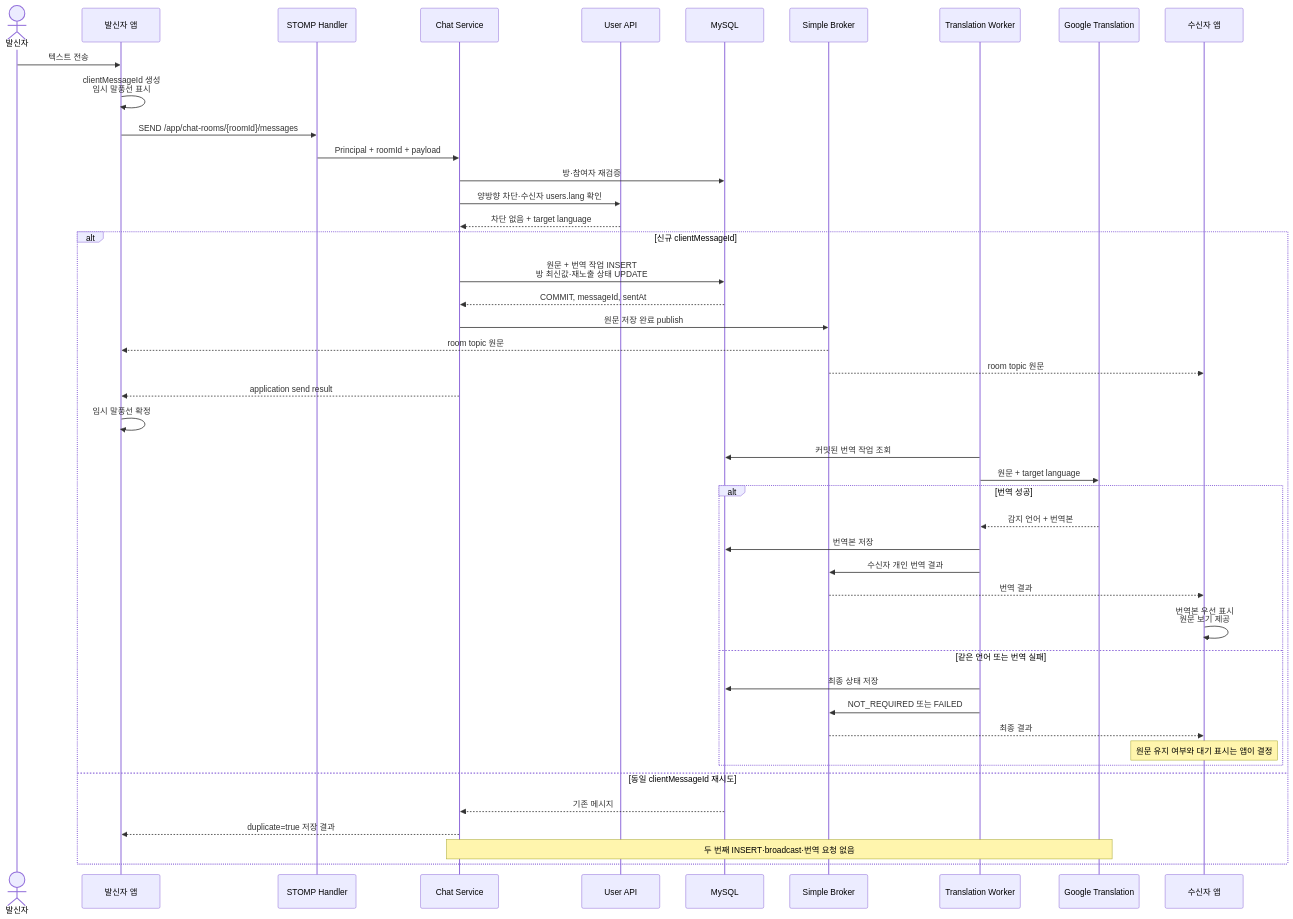
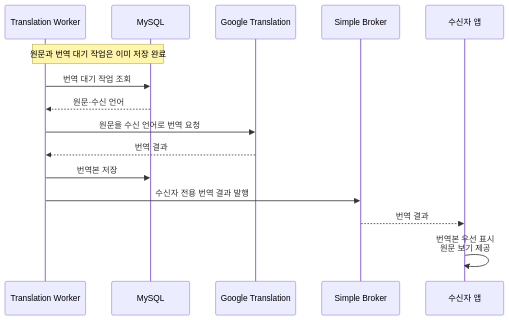
Before and after one commit to swyp-app-5th-team1/Kohere-backend: the ninth of 21 diagrams in docs/architecture/chat/05-sequence-diagrams.md, drawn with Mermaid. The commit also changed other lines of this file and 4 other files, not shown here.

Commit message:
docs: split chat sequences by scenario

````diff
--- a/docs/architecture/chat/05-sequence-diagrams.md
+++ b/docs/architecture/chat/05-sequence-diagrams.md
@@ -85,50 +203,18 @@
 ```mermaid
 sequenceDiagram
-    actor S as 발신자
-    participant APP as 발신자 앱
-    participant WS as STOMP Handler
-    participant CHAT as Chat Service
-    participant USER as User API
+    participant WORKER as Translation Worker
     participant DB as MySQL
+    participant GOOGLE as Google Translation
     participant BR as Simple Broker
-    participant WORKER as Translation Worker
-    participant GOOGLE as Google Translation
-    participant OTHER as 수신자 앱
+    participant APP as 수신자 앱
 
-    S->>APP: 텍스트 전송
-    APP->>APP: clientMessageId 생성<br/>임시 말풍선 표시
-    APP->>WS: SEND /app/chat-rooms/{roomId}/messages
-    WS->>CHAT: Principal + roomId + payload
-    CHAT->>DB: 방·참여자 재검증
-    CHAT->>USER: 양방향 차단·수신자 users.lang 확인
-    USER-->>CHAT: 차단 없음 + target language
-
-    alt 신규 clientMessageId
-        CHAT->>DB: 원문 + 번역 작업 INSERT<br/>방 최신값·재노출 상태 UPDATE
-        DB-->>CHAT: COMMIT, messageId, sentAt
-        CHAT->>BR: 원문 저장 완료 publish
-        BR-->>APP: room topic 원문
-        BR-->>OTHER: room topic 원문
-        CHAT-->>APP: application send result
-        APP->>APP: 임시 말풍선 확정
-
-        WORKER->>DB: 커밋된 번역 작업 조회
-        WORKER->>GOOGLE: 원문 + target language
-        alt 번역 성공
-            GOOGLE-->>WORKER: 감지 언어 + 번역본
-            WORKER->>DB: 번역본 저장
-            WORKER->>BR: 수신자 개인 번역 결과
-            BR-->>OTHER: 번역 결과
-            OTHER->>OTHER: 번역본 우선 표시<br/>원문 보기 제공
-        else 같은 언어 또는 번역 실패
-            WORKER->>DB: 최종 상태 저장
-            WORKER->>BR: NOT_REQUIRED 또는 FAILED
-            BR-->>OTHER: 최종 결과
-            Note over OTHER: 원문 유지 여부와 대기 표시는 앱이 결정
-        end
-    else 동일 clientMessageId 재시도
-        DB-->>CHAT: 기존 메시지
-        CHAT-->>APP: duplicate=true 저장 결과
-        Note over CHAT,GOOGLE: 두 번째 INSERT·broadcast·번역 요청 없음
-    end
+    Note over WORKER,DB: 원문과 번역 대기 작업은 이미 저장 완료
+    WORKER->>DB: 번역 대기 작업 조회
+    DB-->>WORKER: 원문·수신 언어
+    WORKER->>GOOGLE: 원문을 수신 언어로 번역 요청
+    GOOGLE-->>WORKER: 번역 결과
+    WORKER->>DB: 번역본 저장
+    WORKER->>BR: 수신자 전용 번역 결과 발행
+    BR-->>APP: 번역 결과
+    APP->>APP: 번역본 우선 표시<br/>원문 보기 제공
 ```
````
